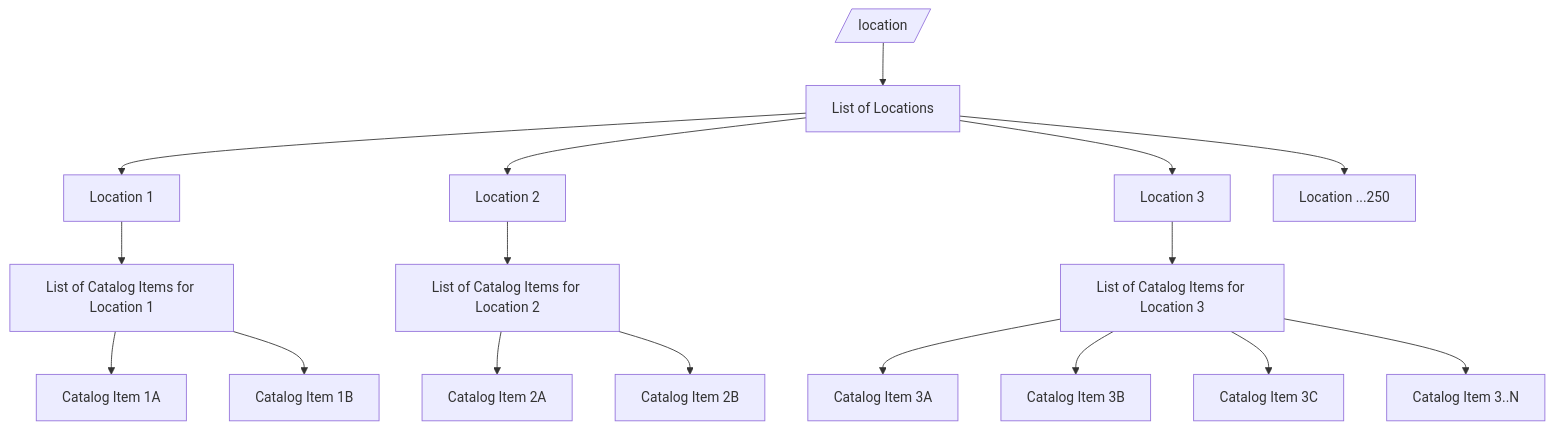
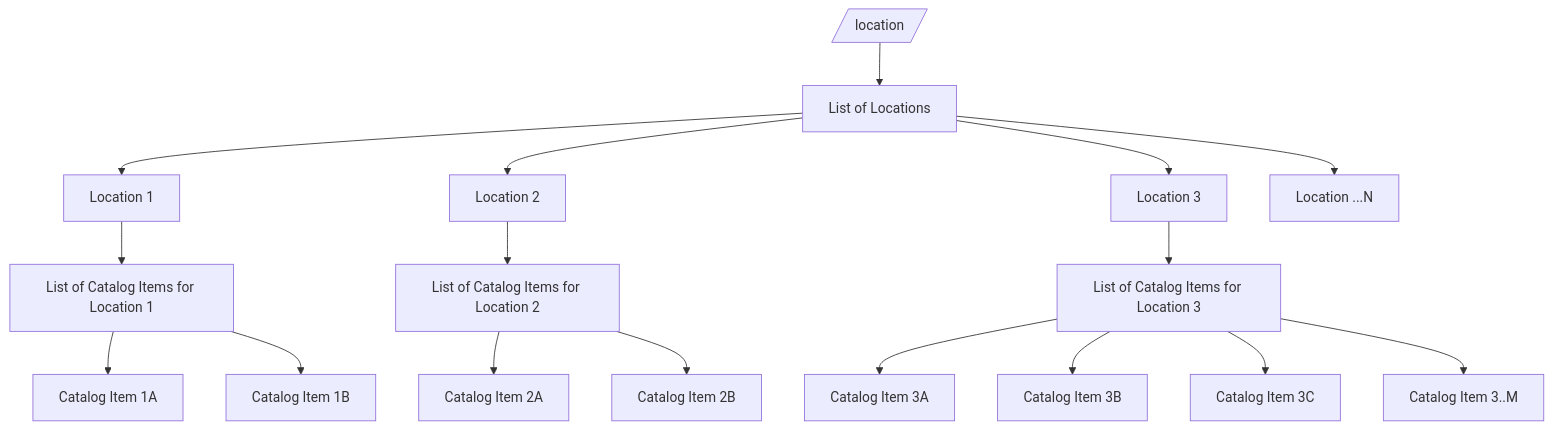
One commit to C-Loftus/pygeoapi changed the diagram in notes/EDR_mappings.md. Above: the diagram before and after it, drawn with Mermaid.

````diff
--- a/notes/EDR_mappings.md
+++ b/notes/EDR_mappings.md
@@ -23,20 +23,20 @@
 ```mermaid
 graph TD;
     A[/location/] --> B[List of Locations];
     B --> C[Location 1];
     B --> D[Location 2];
     B --> E[Location 3];
-    B --> Z[Location ...250];
+    B --> Z[Location ...N];
     C --> F[List of Catalog Items for Location 1];
     D --> G[List of Catalog Items for Location 2];
     E --> H[List of Catalog Items for Location 3];
     F --> I[Catalog Item 1A];
     F --> J[Catalog Item 1B];
     G --> K[Catalog Item 2A];
     G --> L[Catalog Item 2B];
     H --> M[Catalog Item 3A];
     H --> N[Catalog Item 3B];
     H --> O[Catalog Item 3C];
-    H --> W[Catalog Item 3..N];
+    H --> W[Catalog Item 3..M];
 
 ```
````
